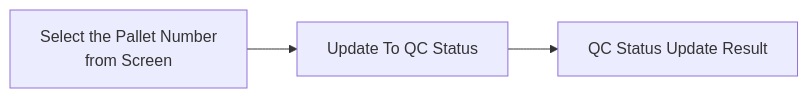
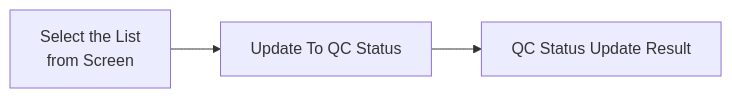
The first of 2 diagrams in Basic-Design/DFD-WMS/Retrieval/QC-Setting/Update-QC-Status.md (luthfiadityaa/SimeDarby-Wiki), drawn with Mermaid before and after one commit.

Commit message:
Updated Update QC Status

```diff
--- a/Basic-Design/DFD-WMS/Retrieval/QC-Setting/Update-QC-Status.md
+++ b/Basic-Design/DFD-WMS/Retrieval/QC-Setting/Update-QC-Status.md
@@ -5,6 +5,6 @@
 ::: mermaid
 flowchart LR
 
-P1[Select the Pallet Number 
+P1[Select the List 
 from Screen]-->P2[Update To QC Status]-->P21[QC Status Update Result]
 :::
```
